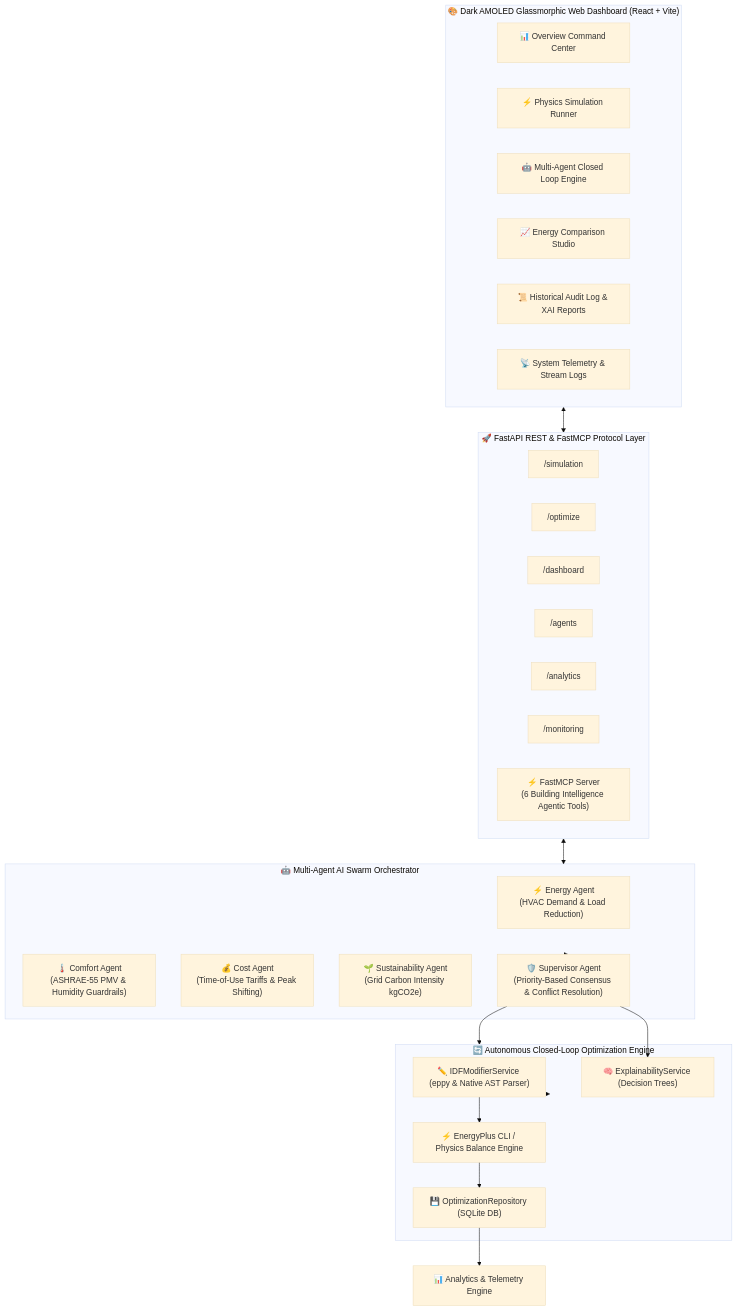
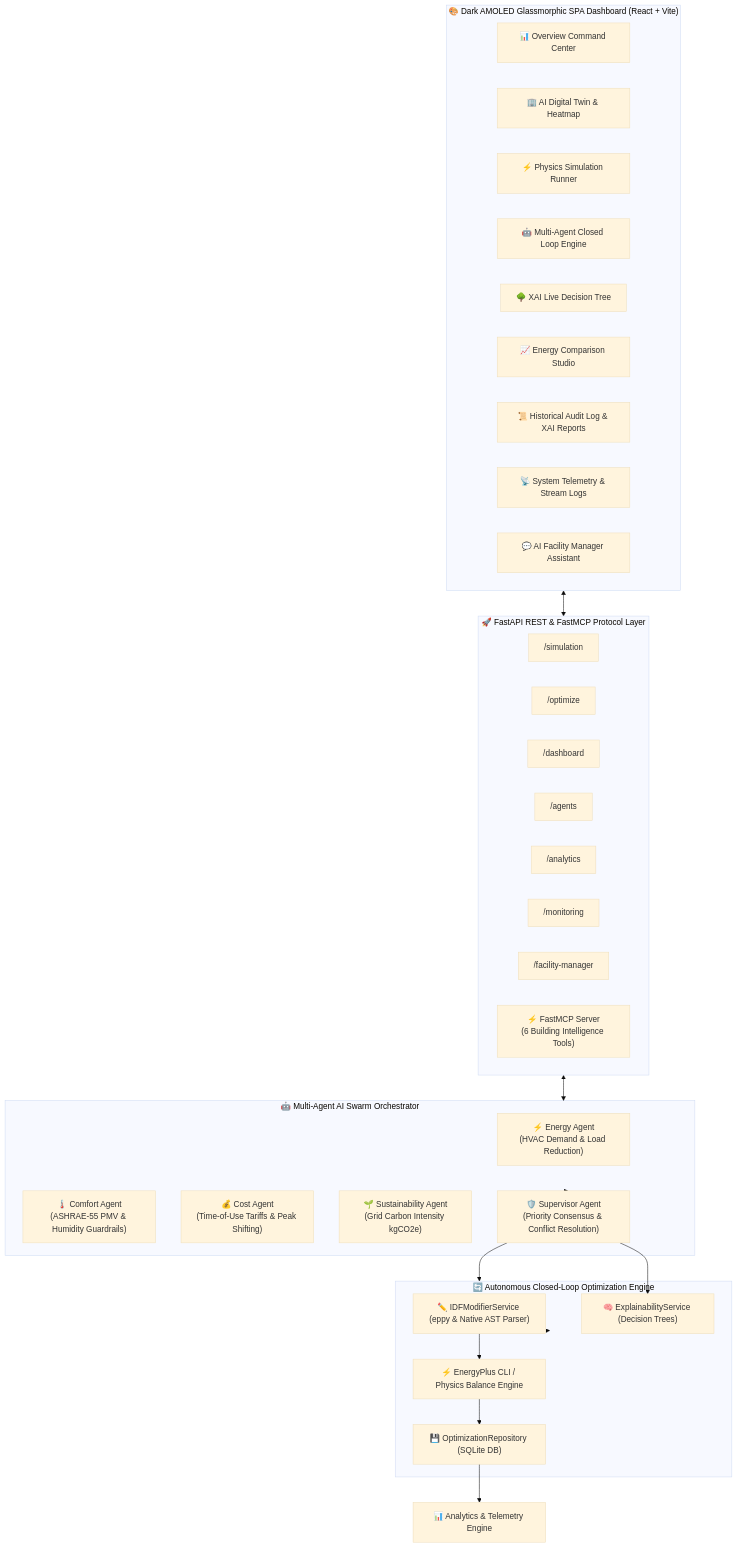
One commit to shreyes-7/EcoSphere changed the diagram in README.md. Above: the diagram before and after it, drawn with Mermaid (base theme). The commit also changed other lines of this file and 1 other file, not shown here.

Commit message:
updated README.md with detailed setup, architecture, prerequisites, environment variables table, and added .env.example template

````diff
--- a/README.md
+++ b/README.md
@@ -17,46 +39,50 @@
 ```mermaid
 flowchart TD
-    subgraph Frontend["🎨 Dark AMOLED Glassmorphic Web Dashboard (React + Vite)"]
+    subgraph Frontend["🎨 Dark AMOLED Glassmorphic SPA Dashboard (React + Vite)"]
         UI_Dash["📊 Overview Command Center"]
+        UI_Twin["🏢 AI Digital Twin & Heatmap"]
         UI_Sim["⚡ Physics Simulation Runner"]
         UI_Opt["🤖 Multi-Agent Closed Loop Engine"]
+        UI_Tree["🌳 XAI Live Decision Tree"]
         UI_Cmp["📈 Energy Comparison Studio"]
         UI_Hist["📜 Historical Audit Log & XAI Reports"]
         UI_Mon["📡 System Telemetry & Stream Logs"]
+        UI_Chat["💬 AI Facility Manager Assistant"]
     end
 
     subgraph REST_API["🚀 FastAPI REST & FastMCP Protocol Layer"]
         API_Sim["/simulation"]
         API_Opt["/optimize"]
         API_Dash["/dashboard"]
         API_Agent["/agents"]
         API_Analytics["/analytics"]
         API_Mon["/monitoring"]
-        FastMCP["⚡ FastMCP Server\n(6 Building Intelligence Agentic Tools)"]
+        API_FM["/facility-manager"]
+        FastMCP["⚡ FastMCP Server\n(6 Building Intelligence Tools)"]
     end
 
     subgraph MultiAgent["🤖 Multi-Agent AI Swarm Orchestrator"]
         Agent_E["⚡ Energy Agent\n(HVAC Demand & Load Reduction)"]
         Agent_C["🌡️ Comfort Agent\n(ASHRAE-55 PMV & Humidity Guardrails)"]
         Agent_Co["💰 Cost Agent\n(Time-of-Use Tariffs & Peak Shifting)"]
         Agent_S["🌱 Sustainability Agent\n(Grid Carbon Intensity kgCO2e)"]
-        Supervisor["🛡️ Supervisor Agent\n(Priority-Based Consensus & Conflict Resolution)"]
+        Supervisor["🛡️ Supervisor Agent\n(Priority Consensus & Conflict Resolution)"]
     end
 
     subgraph ClosedLoop["🔄 Autonomous Closed-Loop Optimization Engine"]
         IDF_Mod["✏️ IDFModifierService (eppy & Native AST Parser)"]
         Sim_Engine["⚡ EnergyPlus CLI / Physics Balance Engine"]
         Opt_Repo["💾 OptimizationRepository (SQLite DB)"]
         XAI_Service["🧠 ExplainabilityService (Decision Trees)"]
     end
 
     Frontend <--> REST_API
     REST_API <--> MultiAgent
     MultiAgent --> Supervisor
     Supervisor --> XAI_Service
     Supervisor --> ClosedLoop
     ClosedLoop --> IDF_Mod
     IDF_Mod --> Sim_Engine
     Sim_Engine --> Opt_Repo
     Opt_Repo --> Analytics["📊 Analytics & Telemetry Engine"]
 ```
````
